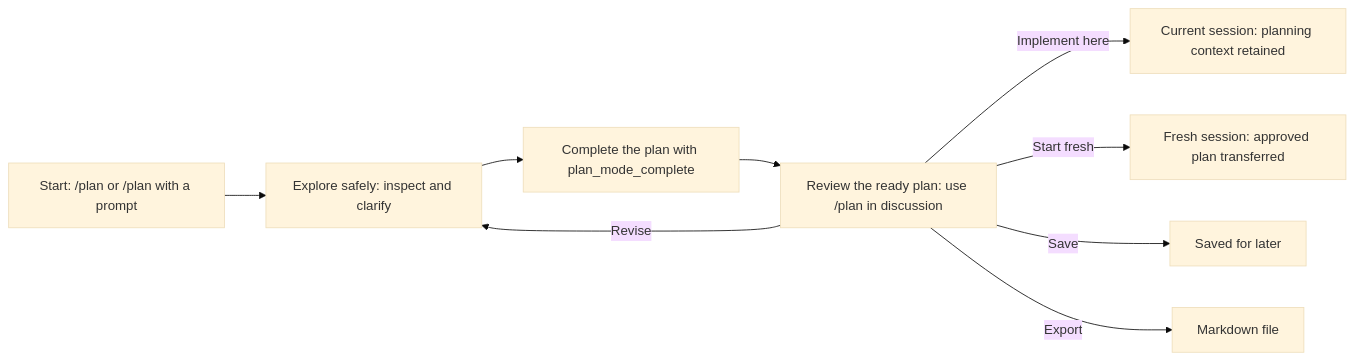
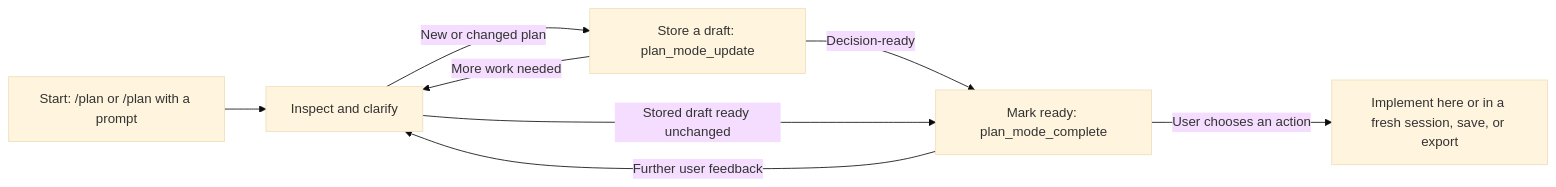
Before and after one commit to narumiruna/pi-extensions: the diagram in packages/pi-plan-mode/README.md, drawn with Mermaid (base theme). The commit also changed other lines of this file and 53 other files, not shown here.

Commit message:
feat(plan-mode)!: split draft updates from completion

````diff
--- a/packages/pi-plan-mode/README.md
+++ b/packages/pi-plan-mode/README.md
@@ -54,12 +55,11 @@
 ```mermaid
 flowchart LR
     start["Start: /plan or /plan with a prompt"]
-    start --> explore["Explore safely: inspect and clarify"]
-    explore --> complete["Complete the plan with plan_mode_complete"]
-    complete --> review["Review the ready plan: use /plan in discussion"]
-    review -->|Revise| explore
-    review -->|Implement here| current["Current session: planning context retained"]
-    review -->|Start fresh| fresh["Fresh session: approved plan transferred"]
-    review -->|Save| saved["Saved for later"]
-    review -->|Export| exported["Markdown file"]
+    start --> explore["Inspect and clarify"]
+    explore -->|New or changed plan| draft["Store a draft: plan_mode_update"]
+    draft -->|More work needed| explore
+    draft -->|Decision-ready| ready["Mark ready: plan_mode_complete"]
+    explore -->|Stored draft ready unchanged| ready
+    ready -->|Further user feedback| explore
+    ready -->|User chooses an action| action["Implement here or in a fresh session, save, or export"]
 ```
````
